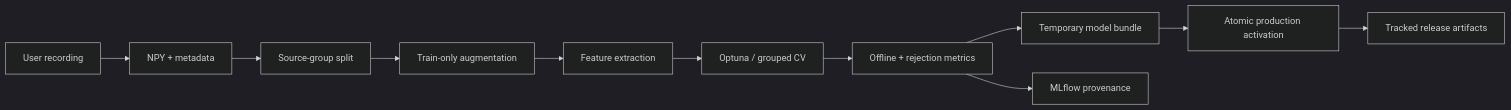
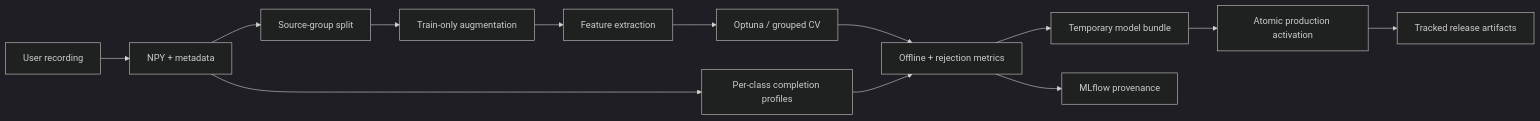
The third of 3 diagrams in ARCHITECTURE.md (Rafaildavar/DPLM), drawn with Mermaid (dark theme) before and after one commit. The commit also changed other lines of this file and 24 other files, not shown here.

````diff
--- a/ARCHITECTURE.md
+++ b/ARCHITECTURE.md
@@ -95,13 +99,15 @@
 ```mermaid
 flowchart LR
     Record["User recording"] --> Samples["NPY + metadata"]
     Samples --> Group["Source-group split"]
     Group --> Augment["Train-only augmentation"]
     Augment --> Features["Feature extraction"]
     Features --> Tune["Optuna / grouped CV"]
     Tune --> Validate["Offline + rejection metrics"]
+    Samples --> Completion["Per-class completion profiles"]
+    Completion --> Validate
     Validate --> Temp["Temporary model bundle"]
     Temp --> Atomic["Atomic production activation"]
     Atomic --> Models["Tracked release artifacts"]
     Validate --> MLflow["MLflow provenance"]
 ```
````
